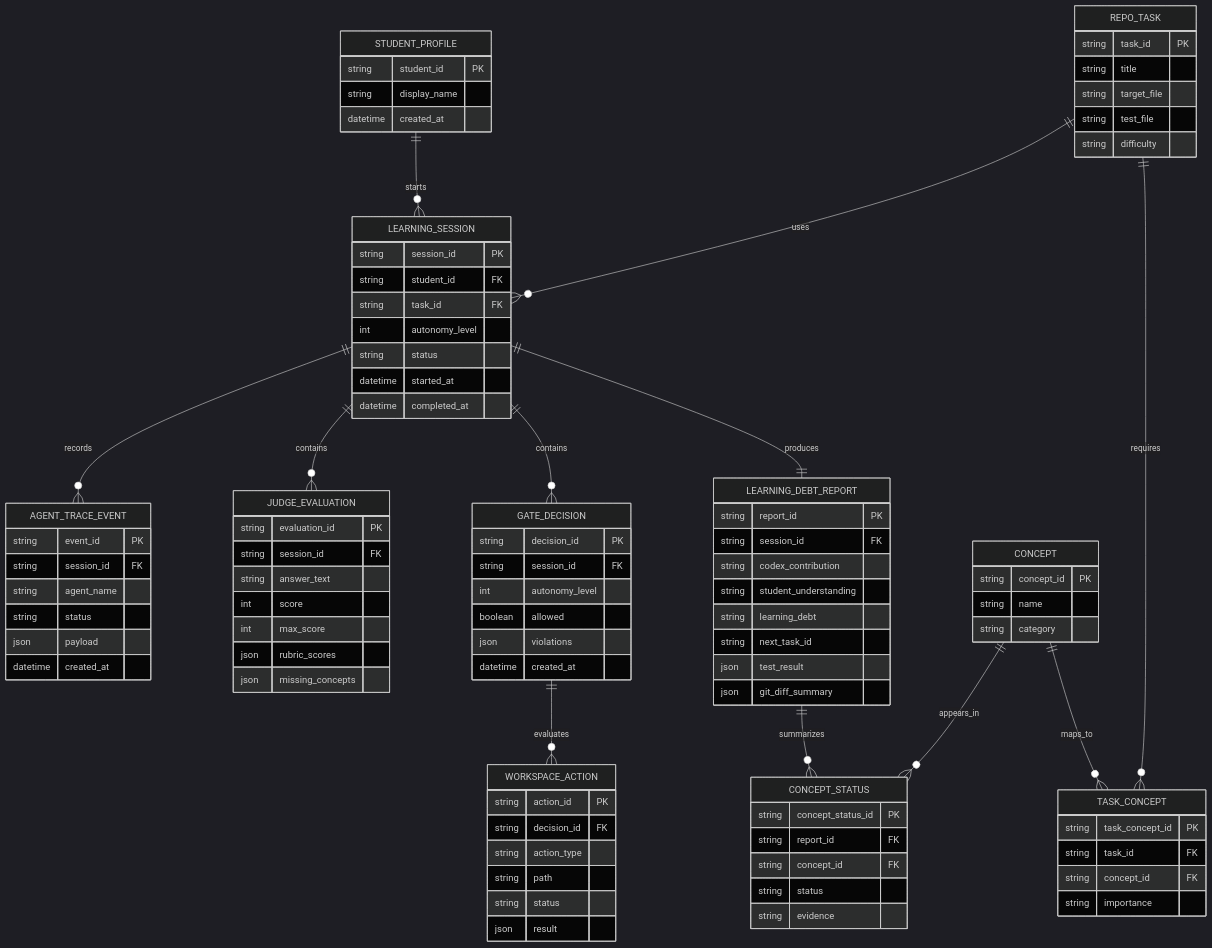
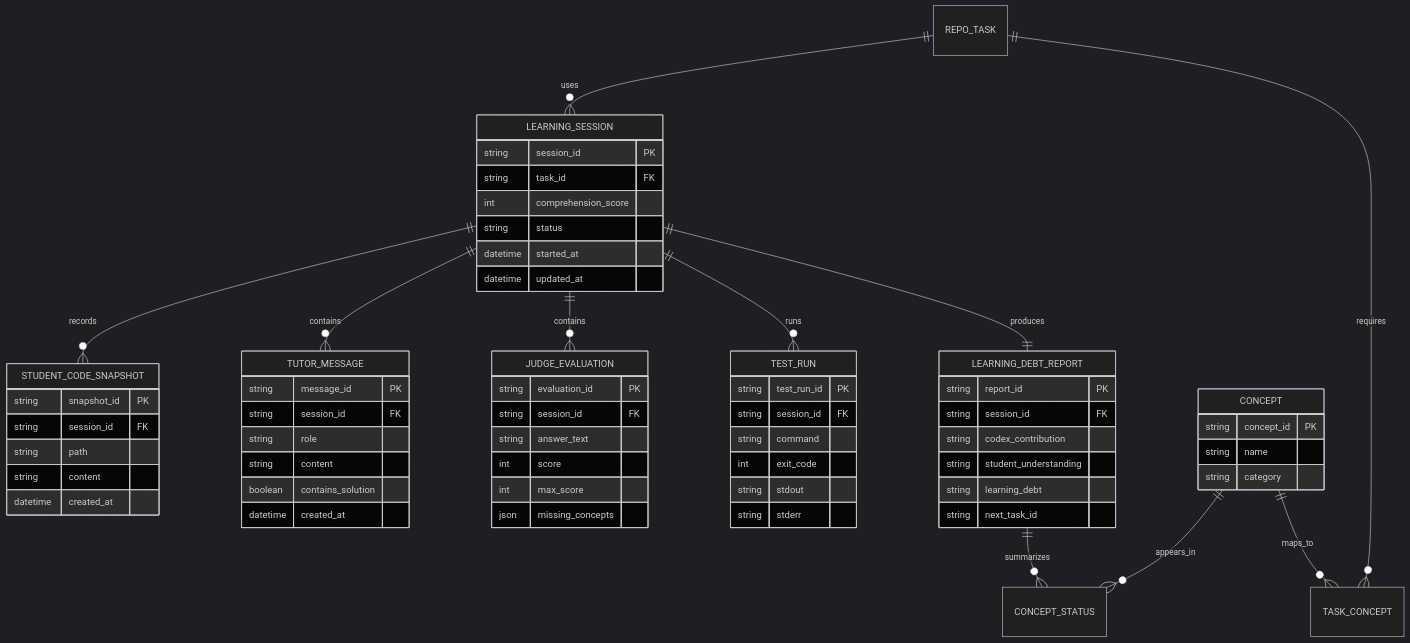
One commit to minchiaHuang/LearnGuard changed the third of 3 diagrams in ARCHITECTURE.md. Above: the diagram before and after it, drawn with Mermaid (dark theme). The commit also changed other lines of this file and 22 other files, not shown here.

````diff
--- a/ARCHITECTURE.md
+++ b/ARCHITECTURE.md
@@ -135,47 +168,39 @@
 ```mermaid
 erDiagram
-    STUDENT_PROFILE ||--o{ LEARNING_SESSION : starts
-    REPO_TASK ||--o{ LEARNING_SESSION : uses
-    LEARNING_SESSION ||--o{ AGENT_TRACE_EVENT : records
+    LEARNING_SESSION ||--o{ STUDENT_CODE_SNAPSHOT : records
+    LEARNING_SESSION ||--o{ TUTOR_MESSAGE : contains
     LEARNING_SESSION ||--o{ JUDGE_EVALUATION : contains
-    LEARNING_SESSION ||--o{ GATE_DECISION : contains
-    GATE_DECISION ||--o{ WORKSPACE_ACTION : evaluates
+    LEARNING_SESSION ||--o{ TEST_RUN : runs
     LEARNING_SESSION ||--|| LEARNING_DEBT_REPORT : produces
     LEARNING_DEBT_REPORT ||--o{ CONCEPT_STATUS : summarizes
+    REPO_TASK ||--o{ LEARNING_SESSION : uses
     CONCEPT ||--o{ CONCEPT_STATUS : appears_in
     REPO_TASK ||--o{ TASK_CONCEPT : requires
     CONCEPT ||--o{ TASK_CONCEPT : maps_to
 
-    STUDENT_PROFILE {
-        string student_id PK
-        string display_name
+    LEARNING_SESSION {
+        string session_id PK
+        string task_id FK
+        int comprehension_score
+        string status
+        datetime started_at
+        datetime updated_at
+    }
+
+    STUDENT_CODE_SNAPSHOT {
+        string snapshot_id PK
+        string session_id FK
+        string path
+        string content
         datetime created_at
     }
 
-    REPO_TASK {
-        string task_id PK
-        string title
-        string target_file
-        string test_file
-        string difficulty
-    }
-
-    LEARNING_SESSION {
-        string session_id PK
-        string student_id FK
-        string task_id FK
-        int autonomy_level
-        string status
-        datetime started_at
-        datetime completed_at
-    }
-
-    AGENT_TRACE_EVENT {
-        string event_id PK
+    TUTOR_MESSAGE {
+        string message_id PK
         string session_id FK
-        string agent_name
-        string status
-        json payload
+        string role
+        string content
+        boolean contains_solution
         datetime created_at
     }
 
@@ -185,26 +210,16 @@
         string answer_text
         int score
         int max_score
-        json rubric_scores
         json missing_concepts
     }
 
-    GATE_DECISION {
-        string decision_id PK
+    TEST_RUN {
+        string test_run_id PK
         string session_id FK
-        int autonomy_level
-        boolean allowed
-        json violations
-        datetime created_at
-    }
-
-    WORKSPACE_ACTION {
-        string action_id PK
-        string decision_id FK
-        string action_type
-        string path
-        string status
-        json result
+        string command
+        int exit_code
+        string stdout
+        string stderr
     }
 
     LEARNING_DEBT_REPORT {
@@ -214,8 +229,6 @@
         string student_understanding
         string learning_debt
         string next_task_id
-        json test_result
-        json git_diff_summary
     }
 
     CONCEPT {
@@ -223,19 +236,4 @@
         string name
         string category
     }
-
-    CONCEPT_STATUS {
-        string concept_status_id PK
-        string report_id FK
-        string concept_id FK
-        string status
-        string evidence
-    }
-
-    TASK_CONCEPT {
-        string task_concept_id PK
-        string task_id FK
-        string concept_id FK
-        string importance
-    }
 ```
````
